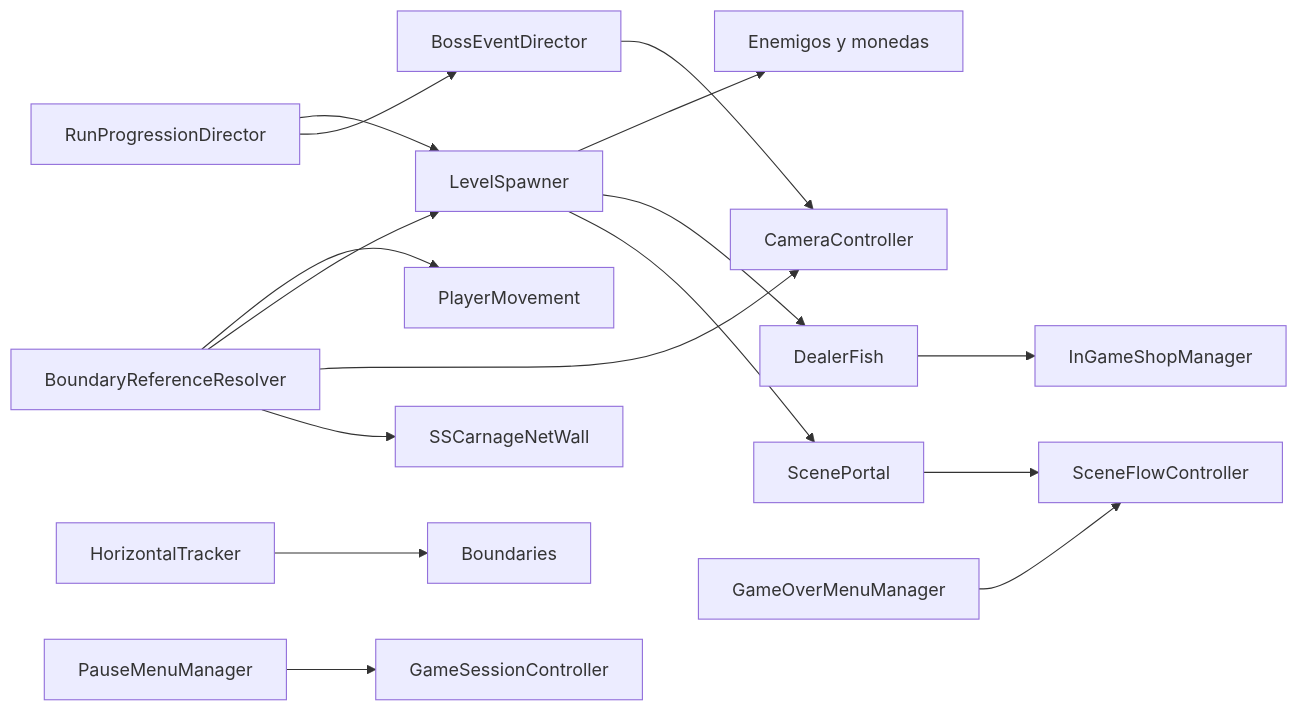
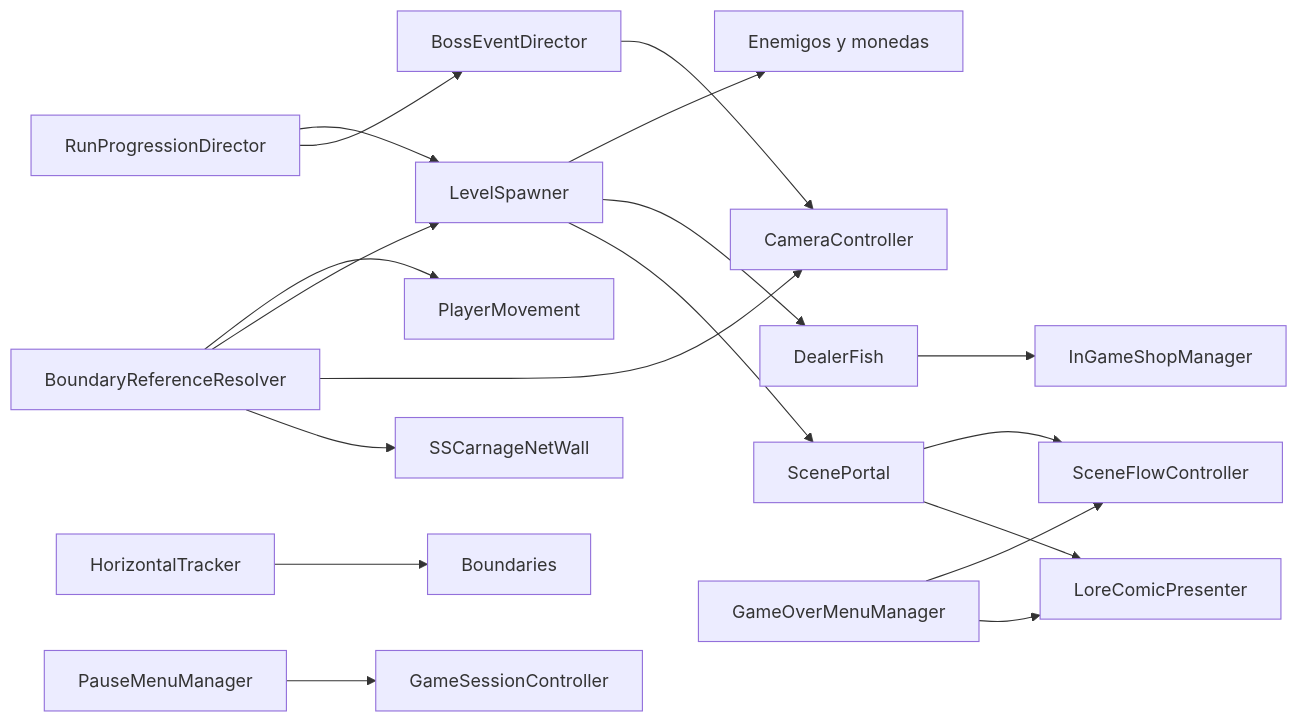
Before and after one commit to NicoCG32/Squid-Ink-Pulse-Public-Version: the second of 2 diagrams in Docs/ZonaEpipelagica.md, drawn with Mermaid. The commit also changed other lines of this file and 122 other files, not shown here.

````diff
--- a/Docs/ZonaEpipelagica.md
+++ b/Docs/ZonaEpipelagica.md
@@ -143,18 +148,20 @@
 ```mermaid
 flowchart LR
     RunProgressionDirector --> LevelSpawner
     RunProgressionDirector --> BossEventDirector
     BossEventDirector --> CameraController
     BoundaryReferenceResolver --> PlayerMovement
     BoundaryReferenceResolver --> LevelSpawner
     BoundaryReferenceResolver --> CameraController
     BoundaryReferenceResolver --> SSCarnageNetWall
     HorizontalTracker --> Boundaries
     LevelSpawner --> Enemies[Enemigos y monedas]
     LevelSpawner --> DealerFish[DealerFish]
     LevelSpawner --> ScenePortal[ScenePortal]
     DealerFish --> InGameShopManager
     ScenePortal --> SceneFlowController
+    ScenePortal --> LoreComicPresenter
     PauseMenuManager --> GameSessionController
     GameOverMenuManager --> SceneFlowController
+    GameOverMenuManager --> LoreComicPresenter
 ```
````
